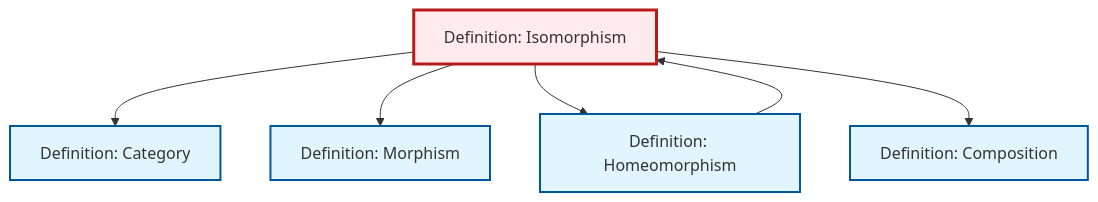
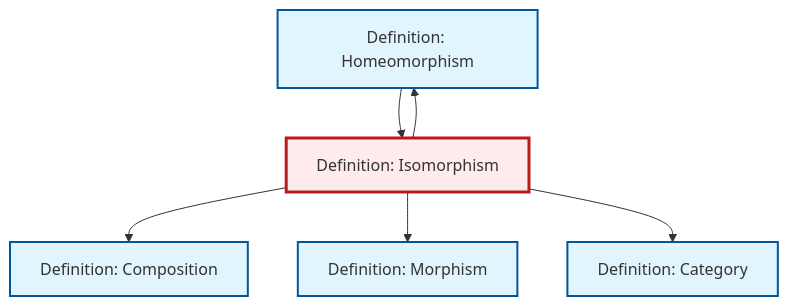
One commit to RK0429/ModernMath changed the diagram in content/en/category-theory/def-isomorphism.qmd. Above: the diagram before and after it, drawn with Mermaid. The commit also changed other lines of this file and 497 other files, not shown here.

````diff
--- a/content/en/category-theory/def-isomorphism.qmd
+++ b/content/en/category-theory/def-isomorphism.qmd
@@ -83,24 +83,24 @@
 ```{mermaid}
 %%| fig-cap: "Local dependency graph"
 graph TD
     classDef definition fill:#e1f5fe,stroke:#01579b,stroke-width:2px
     classDef theorem fill:#f3e5f5,stroke:#4a148c,stroke-width:2px
     classDef axiom fill:#fff3e0,stroke:#e65100,stroke-width:2px
     classDef example fill:#e8f5e9,stroke:#1b5e20,stroke-width:2px
     classDef current fill:#ffebee,stroke:#b71c1c,stroke-width:3px
+    def-morphism["Definition: Morphism"]:::definition
+    def-homeomorphism["Definition: Homeomorphism"]:::definition
+    def-category["Definition: Category"]:::definition
+    def-composition["Definition: Composition"]:::definition
     def-isomorphism["Definition: Isomorphism"]:::definition
-    def-morphism["Definition: Morphism"]:::definition
-    def-composition["Definition: Composition"]:::definition
-    def-category["Definition: Category"]:::definition
-    def-homeomorphism["Definition: Homeomorphism"]:::definition
-    def-isomorphism --> def-category
+    def-isomorphism --> def-composition
+    def-isomorphism --> def-homeomorphism
     def-homeomorphism --> def-isomorphism
     def-isomorphism --> def-morphism
-    def-isomorphism --> def-homeomorphism
-    def-isomorphism --> def-composition
+    def-isomorphism --> def-category
     class def-isomorphism current
     click def-morphism "def-morphism.html" "Go to Morphism definition"
+    click def-homeomorphism "def-homeomorphism.html" "Go to Homeomorphism definition"
+    click def-category "def-category.html" "Go to Category definition"
     click def-composition "def-composition.html" "Go to Composition definition"
-    click def-category "def-category.html" "Go to Category definition"
-    click def-homeomorphism "def-homeomorphism.html" "Go to Homeomorphism definition"
 ```
````
